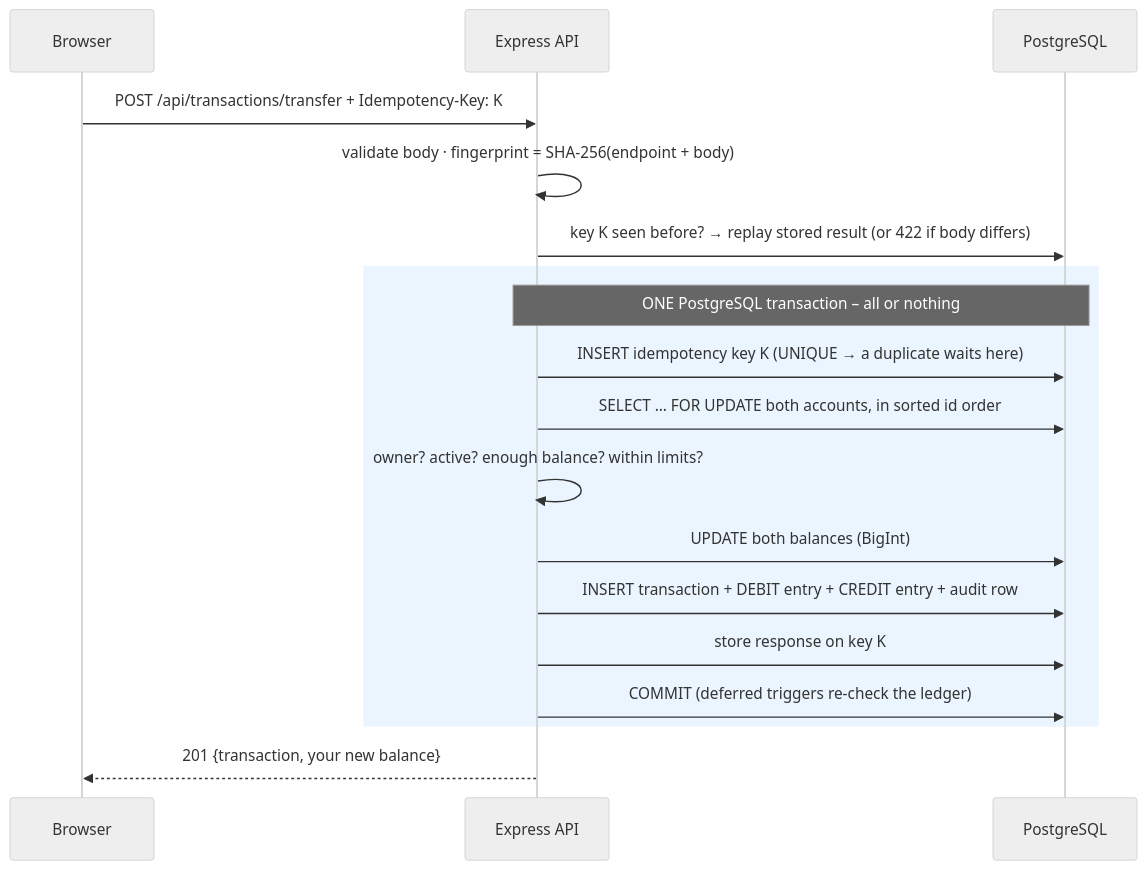
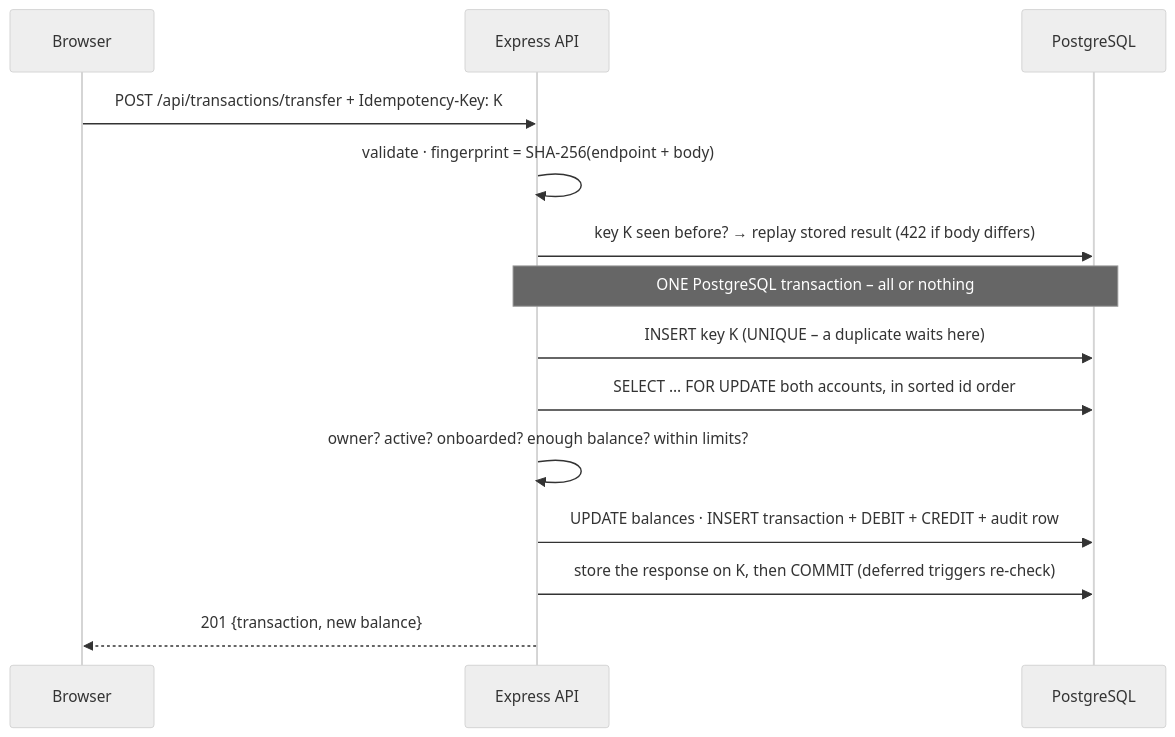
One commit to indira7-kosaraju/LedgerLine changed the second of 3 diagrams in README.md. Above: the diagram before and after it, drawn with Mermaid (neutral theme). The commit also changed other lines of this file and 26 other files, not shown here.

````diff
--- a/README.md
+++ b/README.md
@@ -199,20 +184,16 @@
 ```mermaid
 sequenceDiagram
   participant B as Browser
   participant API as Express API
   participant DB as PostgreSQL
   B->>API: POST /api/transactions/transfer + Idempotency-Key: K
-  API->>API: validate body · fingerprint = SHA-256(endpoint + body)
-  API->>DB: key K seen before? → replay stored result (or 422 if body differs)
-  rect rgb(235, 245, 255)
+  API->>API: validate · fingerprint = SHA-256(endpoint + body)
+  API->>DB: key K seen before? → replay stored result (422 if body differs)
   note over API,DB: ONE PostgreSQL transaction – all or nothing
-  API->>DB: INSERT idempotency key K (UNIQUE → a duplicate waits here)
+  API->>DB: INSERT key K (UNIQUE – a duplicate waits here)
   API->>DB: SELECT … FOR UPDATE both accounts, in sorted id order
-  API->>API: owner? active? enough balance? within limits?
-  API->>DB: UPDATE both balances (BigInt)
-  API->>DB: INSERT transaction + DEBIT entry + CREDIT entry + audit row
-  API->>DB: store response on key K
-  API->>DB: COMMIT (deferred triggers re-check the ledger)
-  end
-  API-->>B: 201 {transaction, your new balance}
+  API->>API: owner? active? onboarded? enough balance? within limits?
+  API->>DB: UPDATE balances · INSERT transaction + DEBIT + CREDIT + audit row
+  API->>DB: store the response on K, then COMMIT (deferred triggers re-check)
+  API-->>B: 201 {transaction, new balance}
 ```
````
